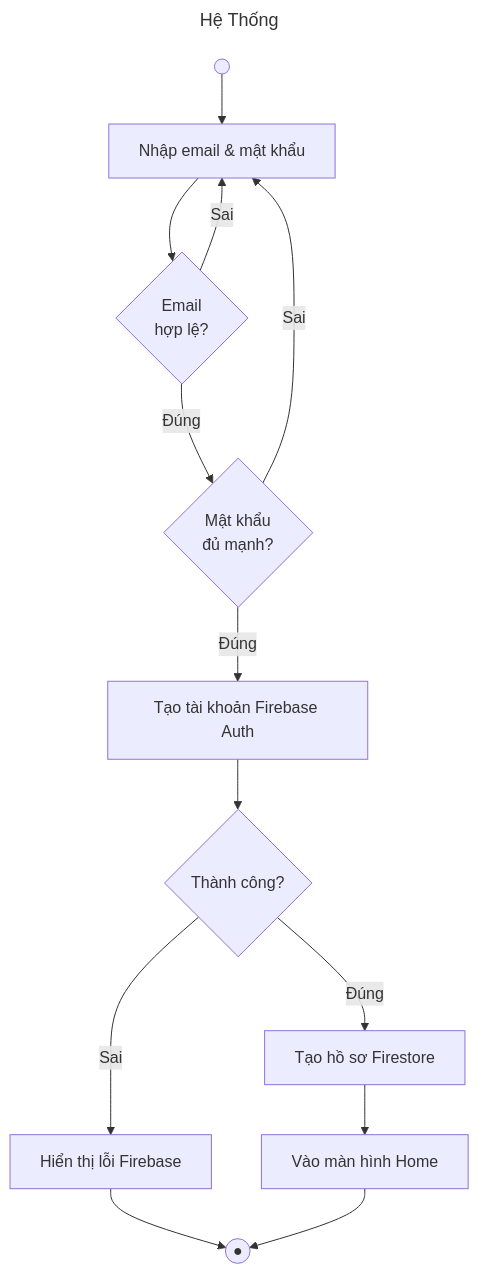
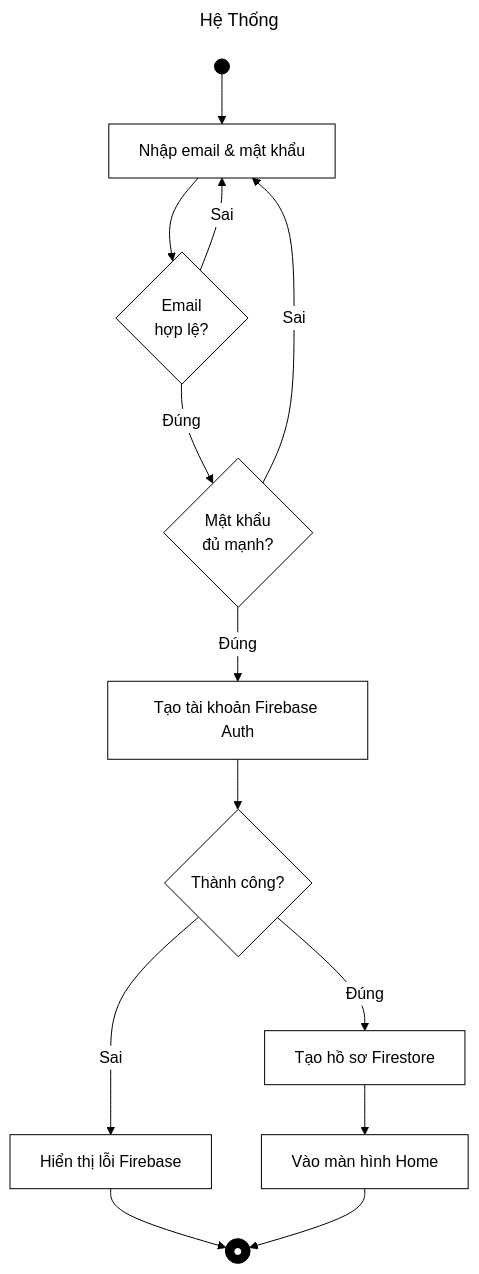
The eighth of 22 diagrams in Activity_Diagrams.md (Babiboyy55/TaskHeroPKA), drawn with Mermaid before and after one commit. The commit also changed other lines of this file, not shown here.

````diff
--- a/Activity_Diagrams.md
+++ b/Activity_Diagrams.md
@@ -131,17 +152,20 @@
 ```mermaid
 ---
 title: Hệ Thống
 ---
+%%{init: {'theme':'base', 'themeVariables': {'primaryColor':'#ffffff', 'primaryBorderColor':'#000000', 'primaryTextColor':'#000000', 'lineColor':'#000000', 'edgeLabelBackground':'#ffffff', 'tertiaryColor':'#ffffff'}}}%%
 flowchart TD
-    S(( )) --> A[Nhập email & mật khẩu]
+    classDef default fill:#ffffff,stroke:#000000,stroke-width:1px,color:#000000;
+    classDef blackNode fill:#000000,stroke:#000000,stroke-width:1px,color:#ffffff;
+    S(( )):::blackNode --> A[Nhập email & mật khẩu]
     A --> D1{Email\nhợp lệ?}
     D1 -- Sai --> A
     D1 -- Đúng --> D2{Mật khẩu\nđủ mạnh?}
     D2 -- Sai --> A
     D2 -- Đúng --> B[Tạo tài khoản Firebase Auth]
     B --> D3{Thành công?}
     D3 -- Sai --> C[Hiển thị lỗi Firebase]
     D3 -- Đúng --> D[Tạo hồ sơ Firestore]
     D --> E[Vào màn hình Home]
-    C & E --> Z((●))
+    C & E --> Z((●)):::blackNode
 ```
````
